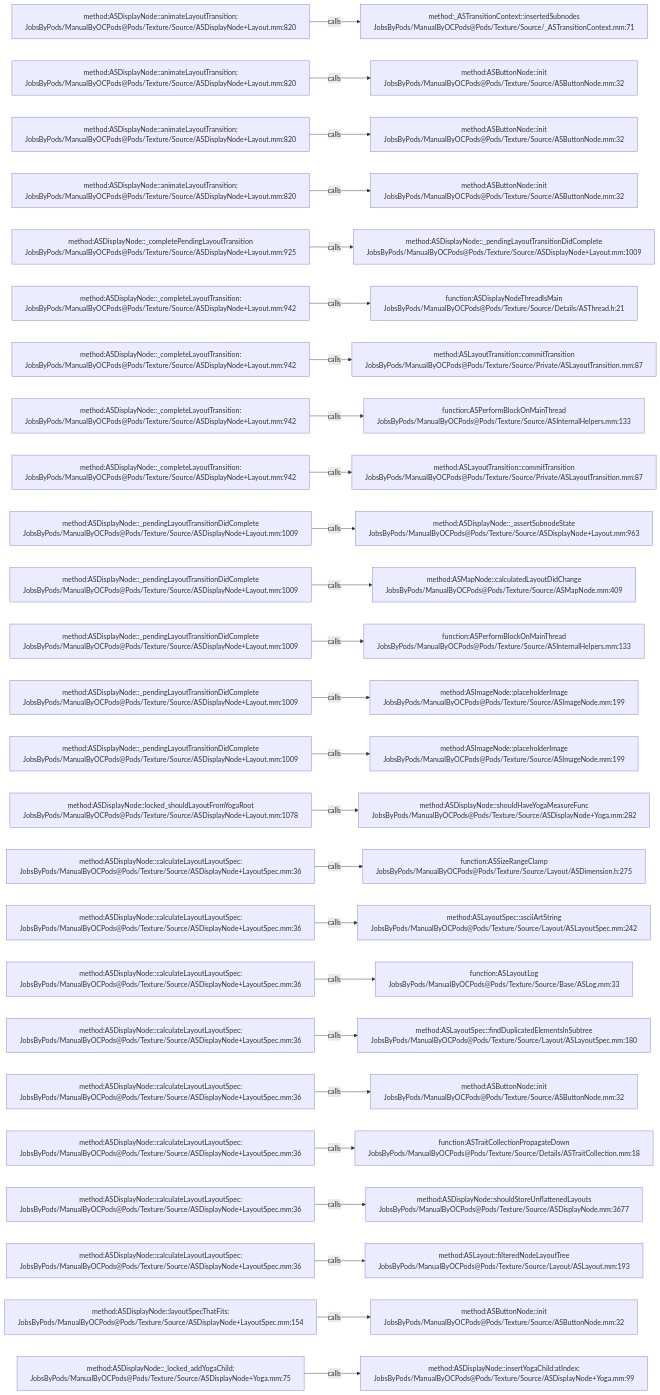
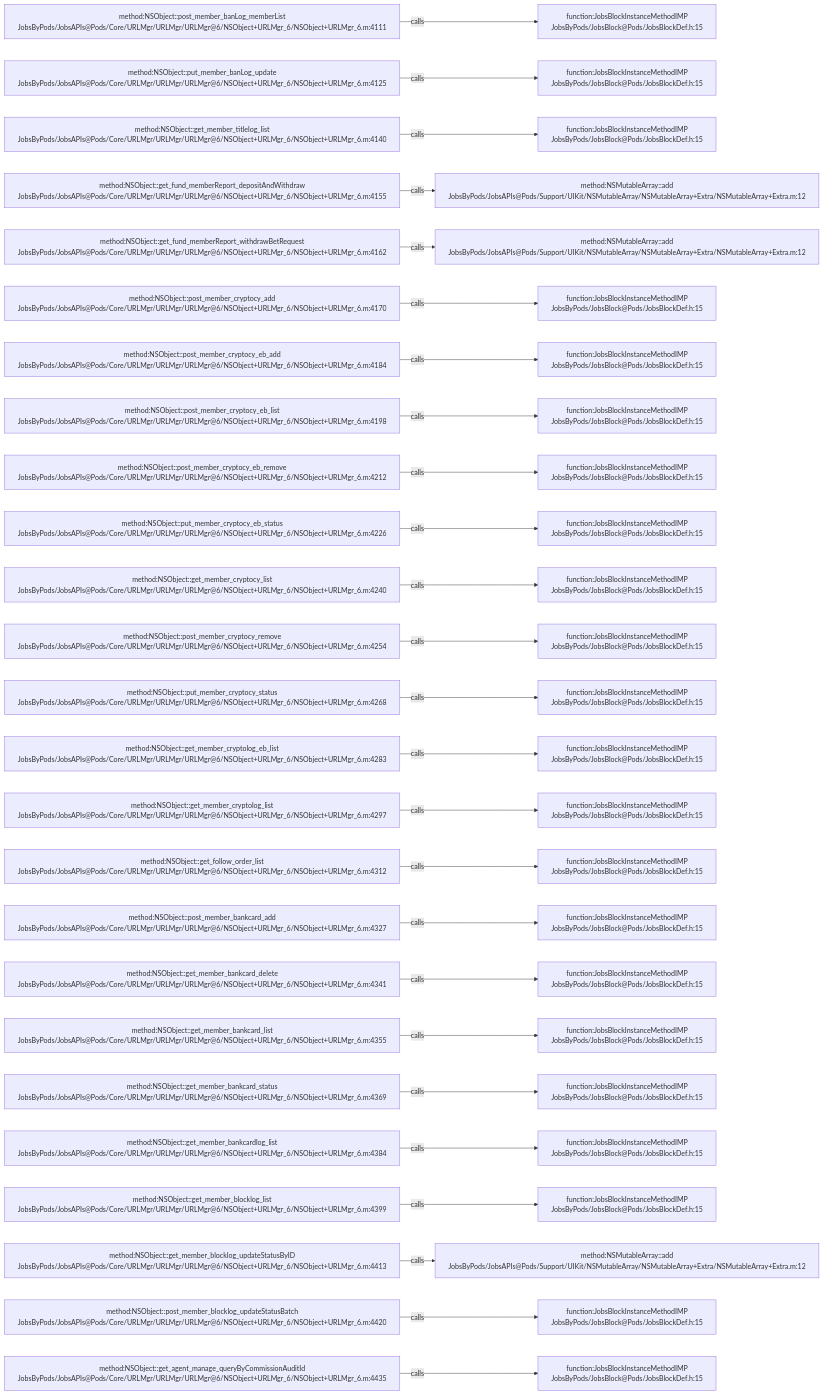
Before and after one commit to JobsKits/JobsOCBaseConfigDemo: the diagram in .codegraph/codegraph.md/graphs/calls-079.md, drawn with Mermaid. The commit also changed 768 other files, not shown here.

````diff
--- a/.codegraph/codegraph.md/graphs/calls-079.md
+++ b/.codegraph/codegraph.md/graphs/calls-079.md
@@ -13,78 +13,78 @@
 ```mermaid
 flowchart LR
-  S1["method:ASDisplayNode::animateLayoutTransition:<br/>JobsByPods/ManualByOCPods@Pods/Texture/Source/ASDisplayNode+Layout.mm:820"]
-  T1["method:_ASTransitionContext::insertedSubnodes<br/>JobsByPods/ManualByOCPods@Pods/Texture/Source/_ASTransitionContext.mm:71"]
+  S1["method:NSObject::post_member_banLog_memberList<br/>JobsByPods/JobsAPIs@Pods/Core/URLMgr/URLMgr/URLMgr@6/NSObject+URLMgr_6/NSObject+URLMgr_6.m:4111"]
+  T1["function:JobsBlockInstanceMethodIMP<br/>JobsByPods/JobsBlock@Pods/JobsBlockDef.h:15"]
   S1 -->|calls| T1
-  S2["method:ASDisplayNode::animateLayoutTransition:<br/>JobsByPods/ManualByOCPods@Pods/Texture/Source/ASDisplayNode+Layout.mm:820"]
-  T2["method:ASButtonNode::init<br/>JobsByPods/ManualByOCPods@Pods/Texture/Source/ASButtonNode.mm:32"]
+  S2["method:NSObject::put_member_banLog_update<br/>JobsByPods/JobsAPIs@Pods/Core/URLMgr/URLMgr/URLMgr@6/NSObject+URLMgr_6/NSObject+URLMgr_6.m:4125"]
+  T2["function:JobsBlockInstanceMethodIMP<br/>JobsByPods/JobsBlock@Pods/JobsBlockDef.h:15"]
   S2 -->|calls| T2
-  S3["method:ASDisplayNode::animateLayoutTransition:<br/>JobsByPods/ManualByOCPods@Pods/Texture/Source/ASDisplayNode+Layout.mm:820"]
-  T3["method:ASButtonNode::init<br/>JobsByPods/ManualByOCPods@Pods/Texture/Source/ASButtonNode.mm:32"]
+  S3["method:NSObject::get_member_titlelog_list<br/>JobsByPods/JobsAPIs@Pods/Core/URLMgr/URLMgr/URLMgr@6/NSObject+URLMgr_6/NSObject+URLMgr_6.m:4140"]
+  T3["function:JobsBlockInstanceMethodIMP<br/>JobsByPods/JobsBlock@Pods/JobsBlockDef.h:15"]
   S3 -->|calls| T3
-  S4["method:ASDisplayNode::animateLayoutTransition:<br/>JobsByPods/ManualByOCPods@Pods/Texture/Source/ASDisplayNode+Layout.mm:820"]
-  T4["method:ASButtonNode::init<br/>JobsByPods/ManualByOCPods@Pods/Texture/Source/ASButtonNode.mm:32"]
+  S4["method:NSObject::get_fund_memberReport_depositAndWithdraw<br/>JobsByPods/JobsAPIs@Pods/Core/URLMgr/URLMgr/URLMgr@6/NSObject+URLMgr_6/NSObject+URLMgr_6.m:4155"]
+  T4["method:NSMutableArray::add<br/>JobsByPods/JobsAPIs@Pods/Support/UIKit/NSMutableArray/NSMutableArray+Extra/NSMutableArray+Extra.m:12"]
   S4 -->|calls| T4
-  S5["method:ASDisplayNode::_completePendingLayoutTransition<br/>JobsByPods/ManualByOCPods@Pods/Texture/Source/ASDisplayNode+Layout.mm:925"]
-  T5["method:ASDisplayNode::_pendingLayoutTransitionDidComplete<br/>JobsByPods/ManualByOCPods@Pods/Texture/Source/ASDisplayNode+Layout.mm:1009"]
+  S5["method:NSObject::get_fund_memberReport_withdrawBetRequest<br/>JobsByPods/JobsAPIs@Pods/Core/URLMgr/URLMgr/URLMgr@6/NSObject+URLMgr_6/NSObject+URLMgr_6.m:4162"]
+  T5["method:NSMutableArray::add<br/>JobsByPods/JobsAPIs@Pods/Support/UIKit/NSMutableArray/NSMutableArray+Extra/NSMutableArray+Extra.m:12"]
   S5 -->|calls| T5
-  S6["method:ASDisplayNode::_completeLayoutTransition:<br/>JobsByPods/ManualByOCPods@Pods/Texture/Source/ASDisplayNode+Layout.mm:942"]
-  T6["function:ASDisplayNodeThreadIsMain<br/>JobsByPods/ManualByOCPods@Pods/Texture/Source/Details/ASThread.h:21"]
+  S6["method:NSObject::post_member_cryptocy_add<br/>JobsByPods/JobsAPIs@Pods/Core/URLMgr/URLMgr/URLMgr@6/NSObject+URLMgr_6/NSObject+URLMgr_6.m:4170"]
+  T6["function:JobsBlockInstanceMethodIMP<br/>JobsByPods/JobsBlock@Pods/JobsBlockDef.h:15"]
   S6 -->|calls| T6
-  S7["method:ASDisplayNode::_completeLayoutTransition:<br/>JobsByPods/ManualByOCPods@Pods/Texture/Source/ASDisplayNode+Layout.mm:942"]
-  T7["method:ASLayoutTransition::commitTransition<br/>JobsByPods/ManualByOCPods@Pods/Texture/Source/Private/ASLayoutTransition.mm:87"]
+  S7["method:NSObject::post_member_cryptocy_eb_add<br/>JobsByPods/JobsAPIs@Pods/Core/URLMgr/URLMgr/URLMgr@6/NSObject+URLMgr_6/NSObject+URLMgr_6.m:4184"]
+  T7["function:JobsBlockInstanceMethodIMP<br/>JobsByPods/JobsBlock@Pods/JobsBlockDef.h:15"]
   S7 -->|calls| T7
-  S8["method:ASDisplayNode::_completeLayoutTransition:<br/>JobsByPods/ManualByOCPods@Pods/Texture/Source/ASDisplayNode+Layout.mm:942"]
-  T8["function:ASPerformBlockOnMainThread<br/>JobsByPods/ManualByOCPods@Pods/Texture/Source/ASInternalHelpers.mm:133"]
+  S8["method:NSObject::post_member_cryptocy_eb_list<br/>JobsByPods/JobsAPIs@Pods/Core/URLMgr/URLMgr/URLMgr@6/NSObject+URLMgr_6/NSObject+URLMgr_6.m:4198"]
+  T8["function:JobsBlockInstanceMethodIMP<br/>JobsByPods/JobsBlock@Pods/JobsBlockDef.h:15"]
   S8 -->|calls| T8
-  S9["method:ASDisplayNode::_completeLayoutTransition:<br/>JobsByPods/ManualByOCPods@Pods/Texture/Source/ASDisplayNode+Layout.mm:942"]
-  T9["method:ASLayoutTransition::commitTransition<br/>JobsByPods/ManualByOCPods@Pods/Texture/Source/Private/ASLayoutTransition.mm:87"]
+  S9["method:NSObject::post_member_cryptocy_eb_remove<br/>JobsByPods/JobsAPIs@Pods/Core/URLMgr/URLMgr/URLMgr@6/NSObject+URLMgr_6/NSObject+URLMgr_6.m:4212"]
+  T9["function:JobsBlockInstanceMethodIMP<br/>JobsByPods/JobsBlock@Pods/JobsBlockDef.h:15"]
   S9 -->|calls| T9
-  S10["method:ASDisplayNode::_pendingLayoutTransitionDidComplete<br/>JobsByPods/ManualByOCPods@Pods/Texture/Source/ASDisplayNode+Layout.mm:1009"]
-  T10["method:ASDisplayNode::_assertSubnodeState<br/>JobsByPods/ManualByOCPods@Pods/Texture/Source/ASDisplayNode+Layout.mm:963"]
+  S10["method:NSObject::put_member_cryptocy_eb_status<br/>JobsByPods/JobsAPIs@Pods/Core/URLMgr/URLMgr/URLMgr@6/NSObject+URLMgr_6/NSObject+URLMgr_6.m:4226"]
+  T10["function:JobsBlockInstanceMethodIMP<br/>JobsByPods/JobsBlock@Pods/JobsBlockDef.h:15"]
   S10 -->|calls| T10
-  S11["method:ASDisplayNode::_pendingLayoutTransitionDidComplete<br/>JobsByPods/ManualByOCPods@Pods/Texture/Source/ASDisplayNode+Layout.mm:1009"]
-  T11["method:ASMapNode::calculatedLayoutDidChange<br/>JobsByPods/ManualByOCPods@Pods/Texture/Source/ASMapNode.mm:409"]
+  S11["method:NSObject::get_member_cryptocy_list<br/>JobsByPods/JobsAPIs@Pods/Core/URLMgr/URLMgr/URLMgr@6/NSObject+URLMgr_6/NSObject+URLMgr_6.m:4240"]
+  T11["function:JobsBlockInstanceMethodIMP<br/>JobsByPods/JobsBlock@Pods/JobsBlockDef.h:15"]
   S11 -->|calls| T11
-  S12["method:ASDisplayNode::_pendingLayoutTransitionDidComplete<br/>JobsByPods/ManualByOCPods@Pods/Texture/Source/ASDisplayNode+Layout.mm:1009"]
-  T12["function:ASPerformBlockOnMainThread<br/>JobsByPods/ManualByOCPods@Pods/Texture/Source/ASInternalHelpers.mm:133"]
+  S12["method:NSObject::post_member_cryptocy_remove<br/>JobsByPods/JobsAPIs@Pods/Core/URLMgr/URLMgr/URLMgr@6/NSObject+URLMgr_6/NSObject+URLMgr_6.m:4254"]
+  T12["function:JobsBlockInstanceMethodIMP<br/>JobsByPods/JobsBlock@Pods/JobsBlockDef.h:15"]
   S12 -->|calls| T12
-  S13["method:ASDisplayNode::_pendingLayoutTransitionDidComplete<br/>JobsByPods/ManualByOCPods@Pods/Texture/Source/ASDisplayNode+Layout.mm:1009"]
-  T13["method:ASImageNode::placeholderImage<br/>JobsByPods/ManualByOCPods@Pods/Texture/Source/ASImageNode.mm:199"]
+  S13["method:NSObject::put_member_cryptocy_status<br/>JobsByPods/JobsAPIs@Pods/Core/URLMgr/URLMgr/URLMgr@6/NSObject+URLMgr_6/NSObject+URLMgr_6.m:4268"]
+  T13["function:JobsBlockInstanceMethodIMP<br/>JobsByPods/JobsBlock@Pods/JobsBlockDef.h:15"]
   S13 -->|calls| T13
-  S14["method:ASDisplayNode::_pendingLayoutTransitionDidComplete<br/>JobsByPods/ManualByOCPods@Pods/Texture/Source/ASDisplayNode+Layout.mm:1009"]
-  T14["method:ASImageNode::placeholderImage<br/>JobsByPods/ManualByOCPods@Pods/Texture/Source/ASImageNode.mm:199"]
+  S14["method:NSObject::get_member_cryptolog_eb_list<br/>JobsByPods/JobsAPIs@Pods/Core/URLMgr/URLMgr/URLMgr@6/NSObject+URLMgr_6/NSObject+URLMgr_6.m:4283"]
+  T14["function:JobsBlockInstanceMethodIMP<br/>JobsByPods/JobsBlock@Pods/JobsBlockDef.h:15"]
   S14 -->|calls| T14
-  S15["method:ASDisplayNode::locked_shouldLayoutFromYogaRoot<br/>JobsByPods/ManualByOCPods@Pods/Texture/Source/ASDisplayNode+Layout.mm:1078"]
-  T15["method:ASDisplayNode::shouldHaveYogaMeasureFunc<br/>JobsByPods/ManualByOCPods@Pods/Texture/Source/ASDisplayNode+Yoga.mm:282"]
+  S15["method:NSObject::get_member_cryptolog_list<br/>JobsByPods/JobsAPIs@Pods/Core/URLMgr/URLMgr/URLMgr@6/NSObject+URLMgr_6/NSObject+URLMgr_6.m:4297"]
+  T15["function:JobsBlockInstanceMethodIMP<br/>JobsByPods/JobsBlock@Pods/JobsBlockDef.h:15"]
   S15 -->|calls| T15
-  S16["method:ASDisplayNode::calculateLayoutLayoutSpec:<br/>JobsByPods/ManualByOCPods@Pods/Texture/Source/ASDisplayNode+LayoutSpec.mm:36"]
-  T16["function:ASSizeRangeClamp<br/>JobsByPods/ManualByOCPods@Pods/Texture/Source/Layout/ASDimension.h:275"]
+  S16["method:NSObject::get_follow_order_list<br/>JobsByPods/JobsAPIs@Pods/Core/URLMgr/URLMgr/URLMgr@6/NSObject+URLMgr_6/NSObject+URLMgr_6.m:4312"]
+  T16["function:JobsBlockInstanceMethodIMP<br/>JobsByPods/JobsBlock@Pods/JobsBlockDef.h:15"]
   S16 -->|calls| T16
-  S17["method:ASDisplayNode::calculateLayoutLayoutSpec:<br/>JobsByPods/ManualByOCPods@Pods/Texture/Source/ASDisplayNode+LayoutSpec.mm:36"]
-  T17["method:ASLayoutSpec::asciiArtString<br/>JobsByPods/ManualByOCPods@Pods/Texture/Source/Layout/ASLayoutSpec.mm:242"]
+  S17["method:NSObject::post_member_bankcard_add<br/>JobsByPods/JobsAPIs@Pods/Core/URLMgr/URLMgr/URLMgr@6/NSObject+URLMgr_6/NSObject+URLMgr_6.m:4327"]
+  T17["function:JobsBlockInstanceMethodIMP<br/>JobsByPods/JobsBlock@Pods/JobsBlockDef.h:15"]
   S17 -->|calls| T17
-  S18["method:ASDisplayNode::calculateLayoutLayoutSpec:<br/>JobsByPods/ManualByOCPods@Pods/Texture/Source/ASDisplayNode+LayoutSpec.mm:36"]
-  T18["function:ASLayoutLog<br/>JobsByPods/ManualByOCPods@Pods/Texture/Source/Base/ASLog.mm:33"]
+  S18["method:NSObject::get_member_bankcard_delete<br/>JobsByPods/JobsAPIs@Pods/Core/URLMgr/URLMgr/URLMgr@6/NSObject+URLMgr_6/NSObject+URLMgr_6.m:4341"]
+  T18["function:JobsBlockInstanceMethodIMP<br/>JobsByPods/JobsBlock@Pods/JobsBlockDef.h:15"]
   S18 -->|calls| T18
-  S19["method:ASDisplayNode::calculateLayoutLayoutSpec:<br/>JobsByPods/ManualByOCPods@Pods/Texture/Source/ASDisplayNode+LayoutSpec.mm:36"]
-  T19["method:ASLayoutSpec::findDuplicatedElementsInSubtree<br/>JobsByPods/ManualByOCPods@Pods/Texture/Source/Layout/ASLayoutSpec.mm:180"]
+  S19["method:NSObject::get_member_bankcard_list<br/>JobsByPods/JobsAPIs@Pods/Core/URLMgr/URLMgr/URLMgr@6/NSObject+URLMgr_6/NSObject+URLMgr_6.m:4355"]
+  T19["function:JobsBlockInstanceMethodIMP<br/>JobsByPods/JobsBlock@Pods/JobsBlockDef.h:15"]
   S19 -->|calls| T19
-  S20["method:ASDisplayNode::calculateLayoutLayoutSpec:<br/>JobsByPods/ManualByOCPods@Pods/Texture/Source/ASDisplayNode+LayoutSpec.mm:36"]
-  T20["method:ASButtonNode::init<br/>JobsByPods/ManualByOCPods@Pods/Texture/Source/ASButtonNode.mm:32"]
+  S20["method:NSObject::get_member_bankcard_status<br/>JobsByPods/JobsAPIs@Pods/Core/URLMgr/URLMgr/URLMgr@6/NSObject+URLMgr_6/NSObject+URLMgr_6.m:4369"]
+  T20["function:JobsBlockInstanceMethodIMP<br/>JobsByPods/JobsBlock@Pods/JobsBlockDef.h:15"]
   S20 -->|calls| T20
-  S21["method:ASDisplayNode::calculateLayoutLayoutSpec:<br/>JobsByPods/ManualByOCPods@Pods/Texture/Source/ASDisplayNode+LayoutSpec.mm:36"]
-  T21["function:ASTraitCollectionPropagateDown<br/>JobsByPods/ManualByOCPods@Pods/Texture/Source/Details/ASTraitCollection.mm:18"]
+  S21["method:NSObject::get_member_bankcardlog_list<br/>JobsByPods/JobsAPIs@Pods/Core/URLMgr/URLMgr/URLMgr@6/NSObject+URLMgr_6/NSObject+URLMgr_6.m:4384"]
+  T21["function:JobsBlockInstanceMethodIMP<br/>JobsByPods/JobsBlock@Pods/JobsBlockDef.h:15"]
   S21 -->|calls| T21
-  S22["method:ASDisplayNode::calculateLayoutLayoutSpec:<br/>JobsByPods/ManualByOCPods@Pods/Texture/Source/ASDisplayNode+LayoutSpec.mm:36"]
-  T22["method:ASDisplayNode::shouldStoreUnflattenedLayouts<br/>JobsByPods/ManualByOCPods@Pods/Texture/Source/ASDisplayNode.mm:3677"]
+  S22["method:NSObject::get_member_blocklog_list<br/>JobsByPods/JobsAPIs@Pods/Core/URLMgr/URLMgr/URLMgr@6/NSObject+URLMgr_6/NSObject+URLMgr_6.m:4399"]
+  T22["function:JobsBlockInstanceMethodIMP<br/>JobsByPods/JobsBlock@Pods/JobsBlockDef.h:15"]
   S22 -->|calls| T22
-  S23["method:ASDisplayNode::calculateLayoutLayoutSpec:<br/>JobsByPods/ManualByOCPods@Pods/Texture/Source/ASDisplayNode+LayoutSpec.mm:36"]
-  T23["method:ASLayout::filteredNodeLayoutTree<br/>JobsByPods/ManualByOCPods@Pods/Texture/Source/Layout/ASLayout.mm:193"]
+  S23["method:NSObject::get_member_blocklog_updateStatusByID<br/>JobsByPods/JobsAPIs@Pods/Core/URLMgr/URLMgr/URLMgr@6/NSObject+URLMgr_6/NSObject+URLMgr_6.m:4413"]
+  T23["method:NSMutableArray::add<br/>JobsByPods/JobsAPIs@Pods/Support/UIKit/NSMutableArray/NSMutableArray+Extra/NSMutableArray+Extra.m:12"]
   S23 -->|calls| T23
-  S24["method:ASDisplayNode::layoutSpecThatFits:<br/>JobsByPods/ManualByOCPods@Pods/Texture/Source/ASDisplayNode+LayoutSpec.mm:154"]
-  T24["method:ASButtonNode::init<br/>JobsByPods/ManualByOCPods@Pods/Texture/Source/ASButtonNode.mm:32"]
+  S24["method:NSObject::post_member_blocklog_updateStatusBatch<br/>JobsByPods/JobsAPIs@Pods/Core/URLMgr/URLMgr/URLMgr@6/NSObject+URLMgr_6/NSObject+URLMgr_6.m:4420"]
+  T24["function:JobsBlockInstanceMethodIMP<br/>JobsByPods/JobsBlock@Pods/JobsBlockDef.h:15"]
   S24 -->|calls| T24
-  S25["method:ASDisplayNode::_locked_addYogaChild:<br/>JobsByPods/ManualByOCPods@Pods/Texture/Source/ASDisplayNode+Yoga.mm:75"]
-  T25["method:ASDisplayNode::insertYogaChild:atIndex:<br/>JobsByPods/ManualByOCPods@Pods/Texture/Source/ASDisplayNode+Yoga.mm:99"]
+  S25["method:NSObject::get_agent_manage_queryByCommissionAuditId<br/>JobsByPods/JobsAPIs@Pods/Core/URLMgr/URLMgr/URLMgr@6/NSObject+URLMgr_6/NSObject+URLMgr_6.m:4435"]
+  T25["function:JobsBlockInstanceMethodIMP<br/>JobsByPods/JobsBlock@Pods/JobsBlockDef.h:15"]
   S25 -->|calls| T25
 ```
````
